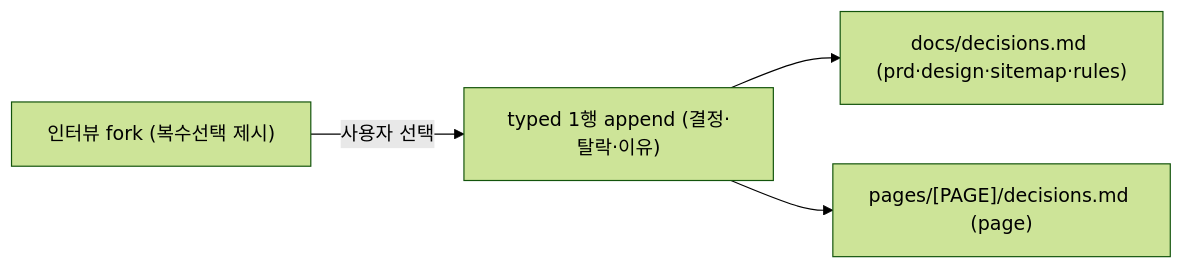
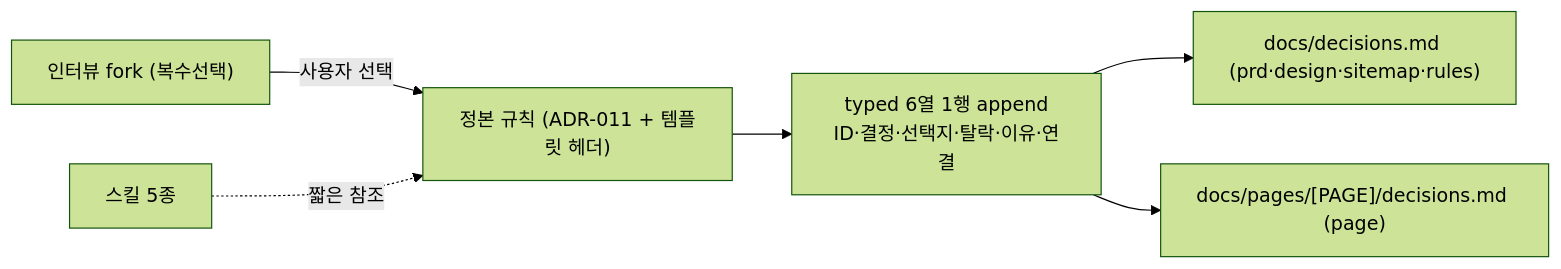
Before and after one commit to pgaey/gd-plan: the diagram in specs/spec-01-03-decision-log-auto/spec.md, drawn with Mermaid (forest theme). The commit also changed other lines of this file and 2 other files, not shown here.

````diff
--- a/specs/spec-01-03-decision-log-auto/spec.md
+++ b/specs/spec-01-03-decision-log-auto/spec.md
@@ -29,6 +37,8 @@
 ```mermaid
 flowchart LR
-  fork["인터뷰 fork (복수선택 제시)"] -->|사용자 선택| log["typed 1행 append (결정·탈락·이유)"]
-  log --> g["docs/decisions.md (prd·design·sitemap·rules)"]
-  log --> p["pages/[PAGE]/decisions.md (page)"]
+  fork["인터뷰 fork (복수선택)"] -->|사용자 선택| rule["정본 규칙 (ADR-011 + 템플릿 헤더)"]
+  rule --> row["typed 6열 1행 append<br/>ID·결정·선택지·탈락·이유·연결"]
+  row --> g["docs/decisions.md (prd·design·sitemap·rules)"]
+  row --> p["docs/pages/[PAGE]/decisions.md (page)"]
+  skills["스킬 5종"] -.짧은 참조.-> rule
 ```
````
